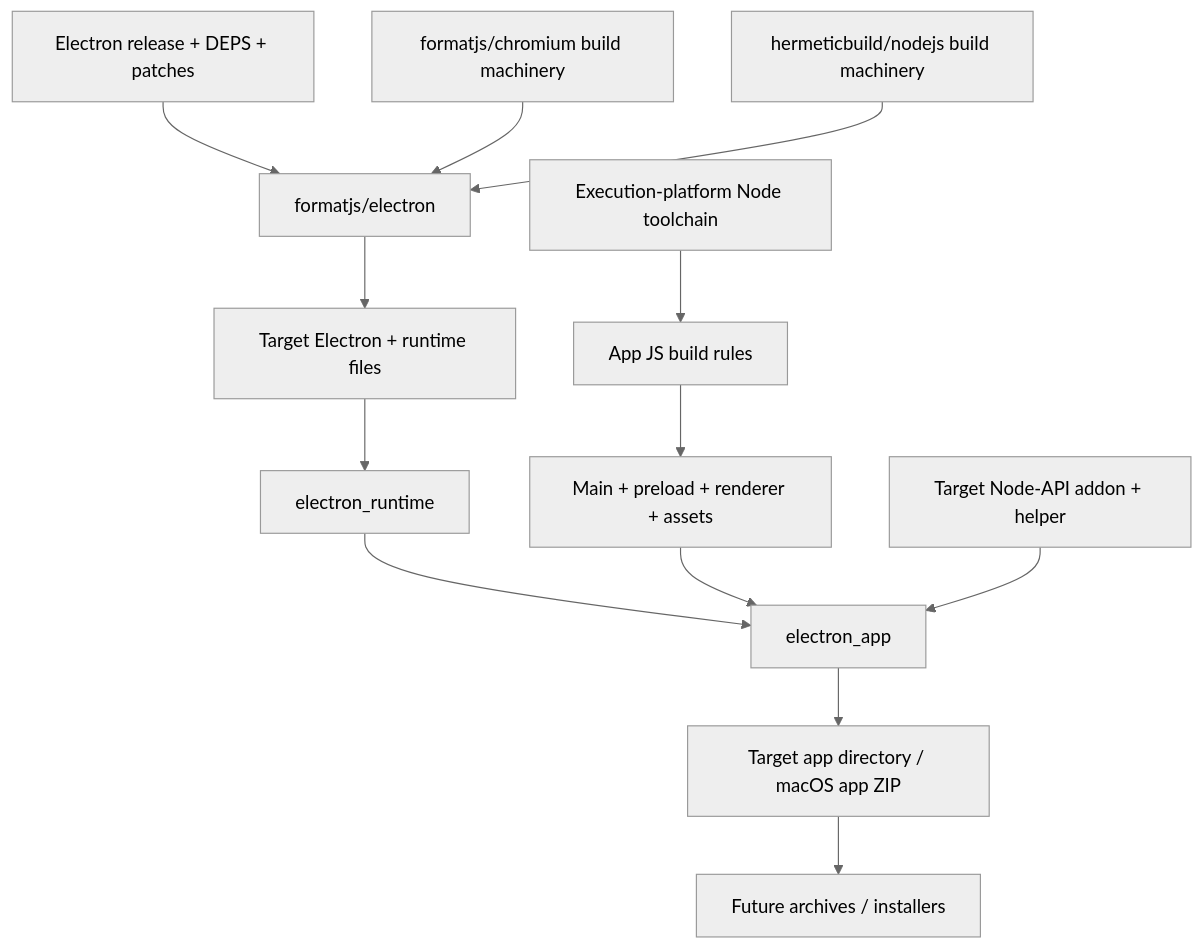
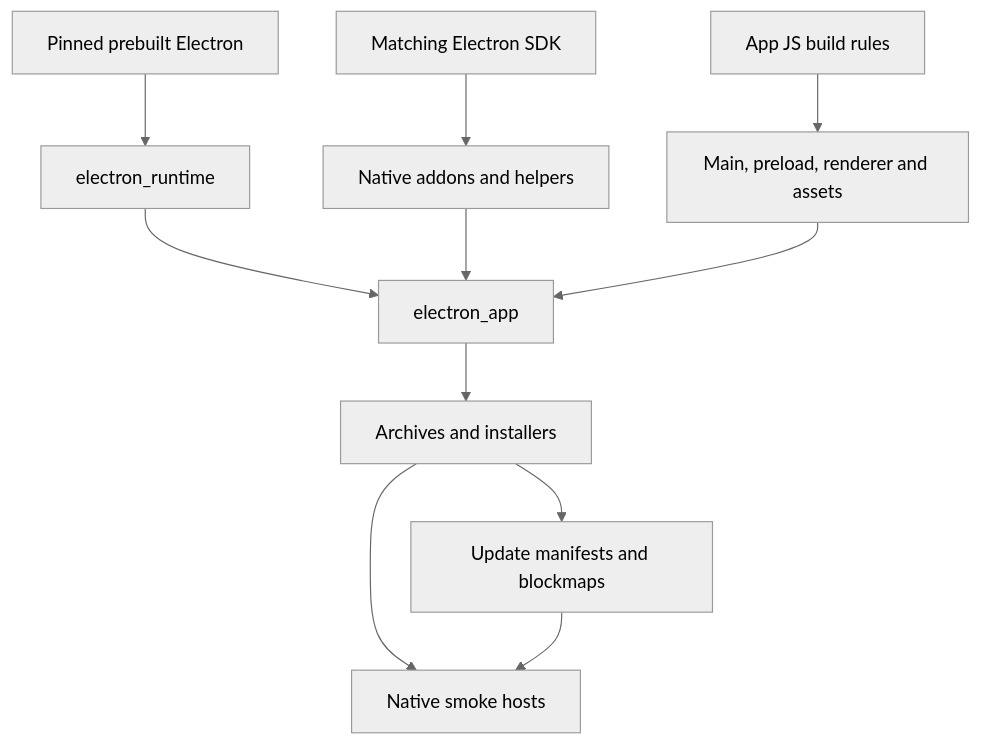
Before and after one commit to formatjs/rules_electron: the diagram in docs/architecture.md, drawn with Mermaid (neutral theme). The commit also changed other lines of this file and 58 other files, not shown here.

Commit message:
refactor: package prebuilt Electron without source overlay (#4)

````diff
--- a/docs/architecture.md
+++ b/docs/architecture.md
@@ -9,15 +7,13 @@
 ```mermaid
 flowchart TD
-    Release[Electron release + DEPS + patches] --> Overlay[formatjs/electron]
-    Chromium[formatjs/chromium build machinery] --> Overlay
-    Node[hermeticbuild/nodejs build machinery] --> Overlay
-    Overlay --> Runtime[Target Electron + runtime files]
-    HostNode[Execution-platform Node toolchain] --> JS[App JS build rules]
-    JS --> AppFiles[Main + preload + renderer + assets]
-    Runtime --> Adapter[electron_runtime]
-    Adapter --> App[electron_app]
+    Prebuilt[Pinned prebuilt Electron] --> Runtime[electron_runtime]
+    Headers[Matching Electron SDK] --> Native[Native addons and helpers]
+    JS[App JS build rules] --> AppFiles[Main, preload, renderer and assets]
+    Runtime --> App[electron_app]
+    Native --> App
     AppFiles --> App
-    Native[Target Node-API addon + helper] --> App
-    App --> Directory[Target app directory / macOS app ZIP]
-    Directory --> Future[Future archives / installers]
+    App --> Packages[Archives and installers]
+    Packages --> Updates[Update manifests and blockmaps]
+    Packages --> Smoke[Native smoke hosts]
+    Updates --> Smoke
 ```
````
